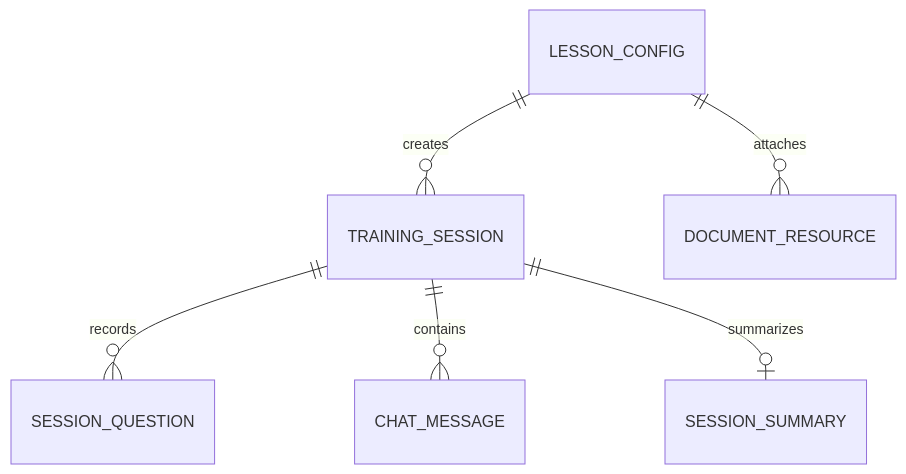
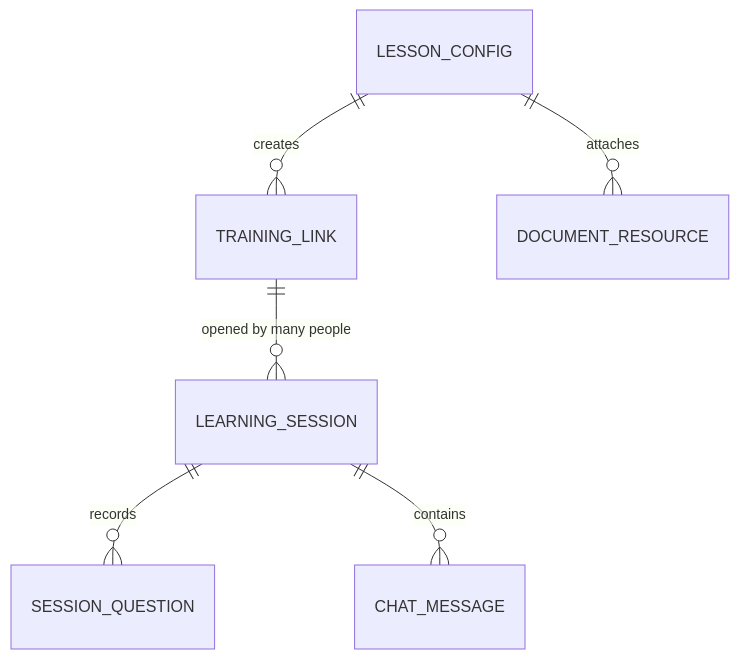
The diagram in frontend/docs/ER_DIAGRAM.md (Sathaporn24/sb_supportroom), drawn with Mermaid before and after one commit. The commit also changed other lines of this file and 93 other files, not shown here.

````diff
--- a/frontend/docs/ER_DIAGRAM.md
+++ b/frontend/docs/ER_DIAGRAM.md
@@ -9,8 +9,8 @@
 ```mermaid
 erDiagram
-    LESSON_CONFIG ||--o{ TRAINING_SESSION : creates
+    LESSON_CONFIG ||--o{ TRAINING_LINK : creates
     LESSON_CONFIG ||--o{ DOCUMENT_RESOURCE : attaches
-    TRAINING_SESSION ||--o{ SESSION_QUESTION : records
-    TRAINING_SESSION ||--o{ CHAT_MESSAGE : contains
-    TRAINING_SESSION ||--o| SESSION_SUMMARY : summarizes
+    TRAINING_LINK ||--o{ LEARNING_SESSION : "opened by many people"
+    LEARNING_SESSION ||--o{ SESSION_QUESTION : records
+    LEARNING_SESSION ||--o{ CHAT_MESSAGE : contains
 ```
````
